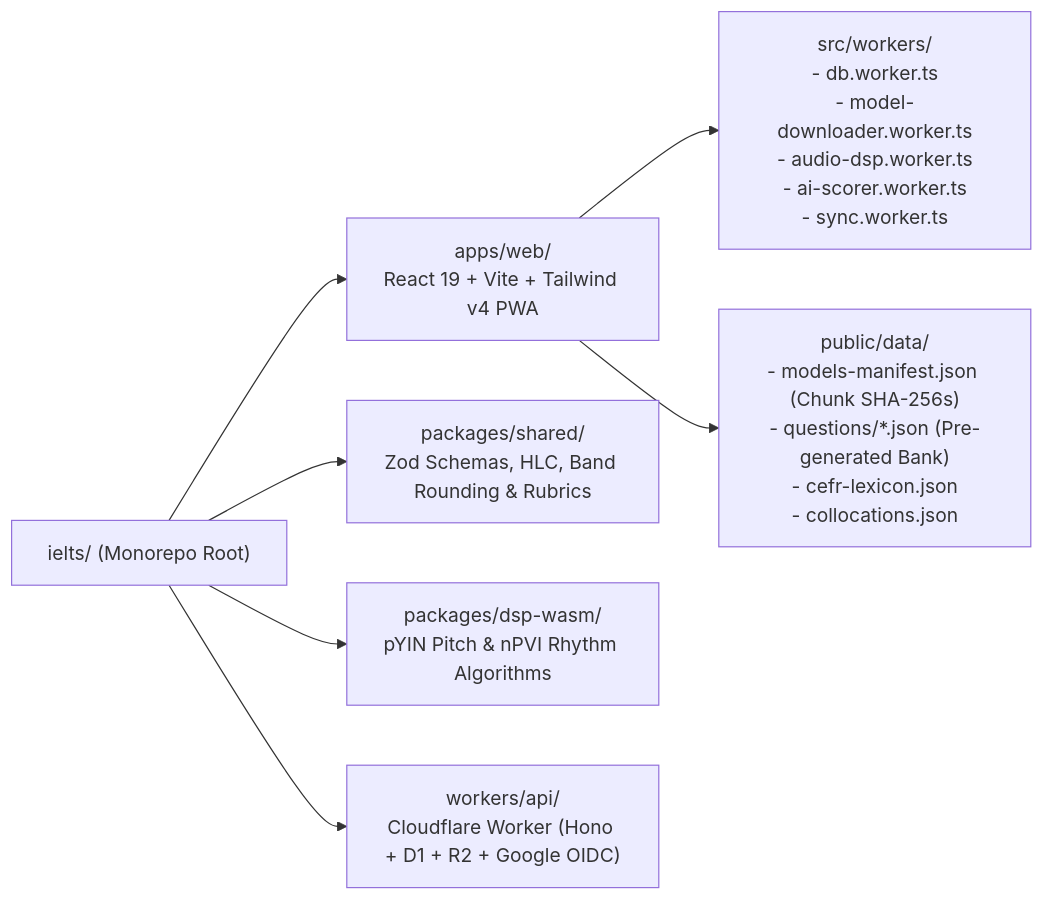
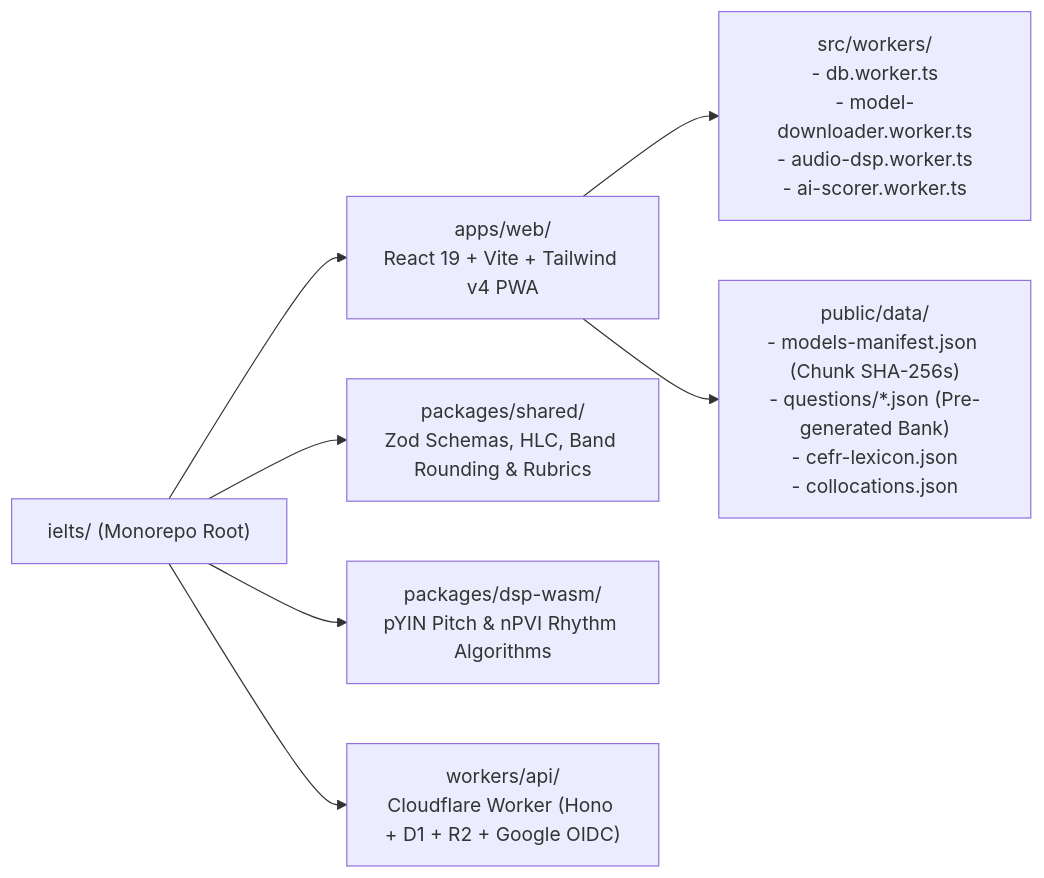
One commit to rafaelatantya/ielts changed diagram 14 of 14 in megaplan.md. Above: the diagram before and after it, drawn with Mermaid. The commit also changed other lines of this file, not shown here.

````diff
--- a/megaplan.md
+++ b/megaplan.md
@@ -1158,10 +1223,10 @@
 ```mermaid
 flowchart LR
     ROOT["ielts/ (Monorepo Root)"] --> WEB["apps/web/<br/>React 19 + Vite + Tailwind v4 PWA"]
     ROOT --> SHARED["packages/shared/<br/>Zod Schemas, HLC, Band Rounding & Rubrics"]
     ROOT --> DSP["packages/dsp-wasm/<br/>pYIN Pitch & nPVI Rhythm Algorithms"]
     ROOT --> API["workers/api/<br/>Cloudflare Worker (Hono + D1 + R2 + Google OIDC)"]
 
-    WEB --> W_WORKERS["src/workers/<br/>- db.worker.ts<br/>- model-downloader.worker.ts<br/>- audio-dsp.worker.ts<br/>- ai-scorer.worker.ts<br/>- sync.worker.ts"]
+    WEB --> W_WORKERS["src/workers/<br/>- db.worker.ts<br/>- model-downloader.worker.ts<br/>- audio-dsp.worker.ts<br/>- ai-scorer.worker.ts"]
     WEB --> W_BANK["public/data/<br/>- models-manifest.json (Chunk SHA-256s)<br/>- questions/*.json (Pre-generated Bank)<br/>- cefr-lexicon.json<br/>- collocations.json"]
 ```
````
